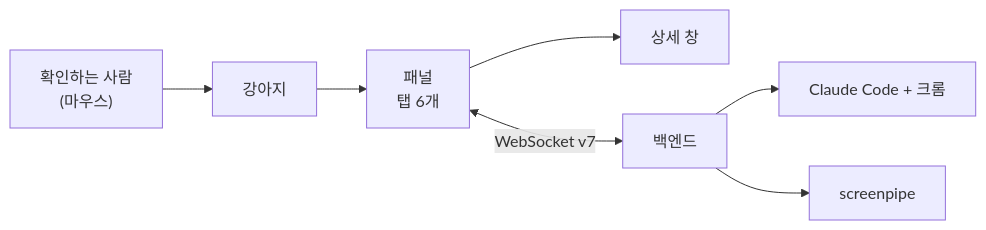
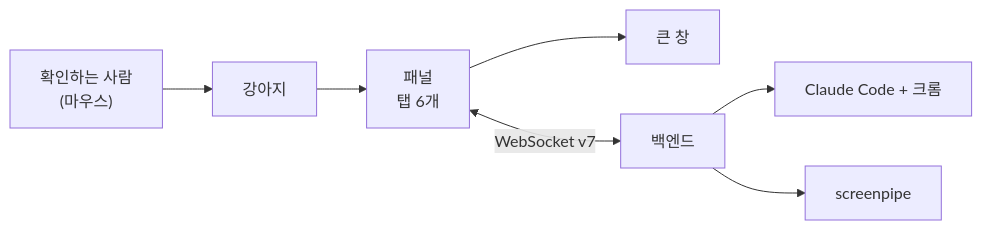
The diagram in docs/manual-checks/frontend.md (HEOSEONGILml/AssistantChatBot), drawn with Mermaid before and after one commit. The commit also changed other lines of this file and 22 other files, not shown here.

````diff
--- a/docs/manual-checks/frontend.md
+++ b/docs/manual-checks/frontend.md
@@ -12,9 +12,9 @@
 ```mermaid
 flowchart LR
   P["확인하는 사람<br>(마우스)"] --> D["강아지"]
   D --> PN["패널<br>탭 6개"]
-  PN --> DW["상세 창"]
+  PN --> DW["큰 창"]
   PN <-->|"WebSocket v7"| B["백엔드"]
   B --> CC["Claude Code + 크롬"]
   B --> SP["screenpipe"]
 ```
````
